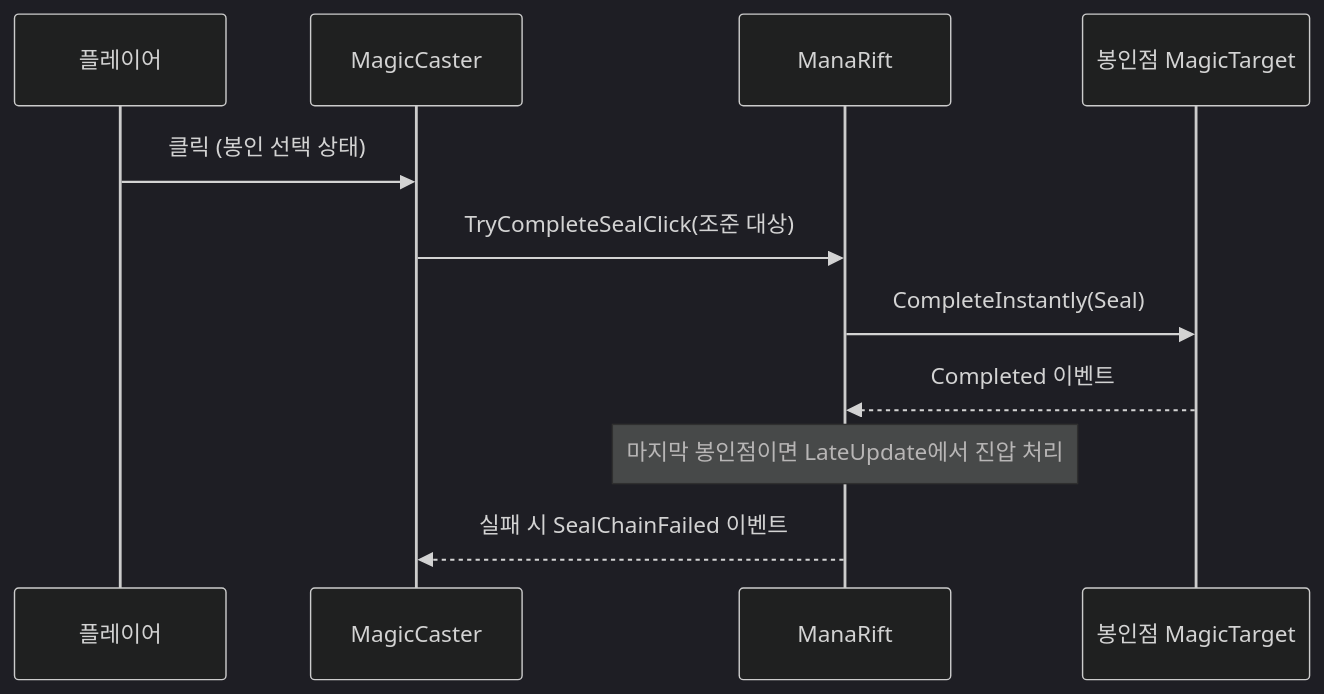
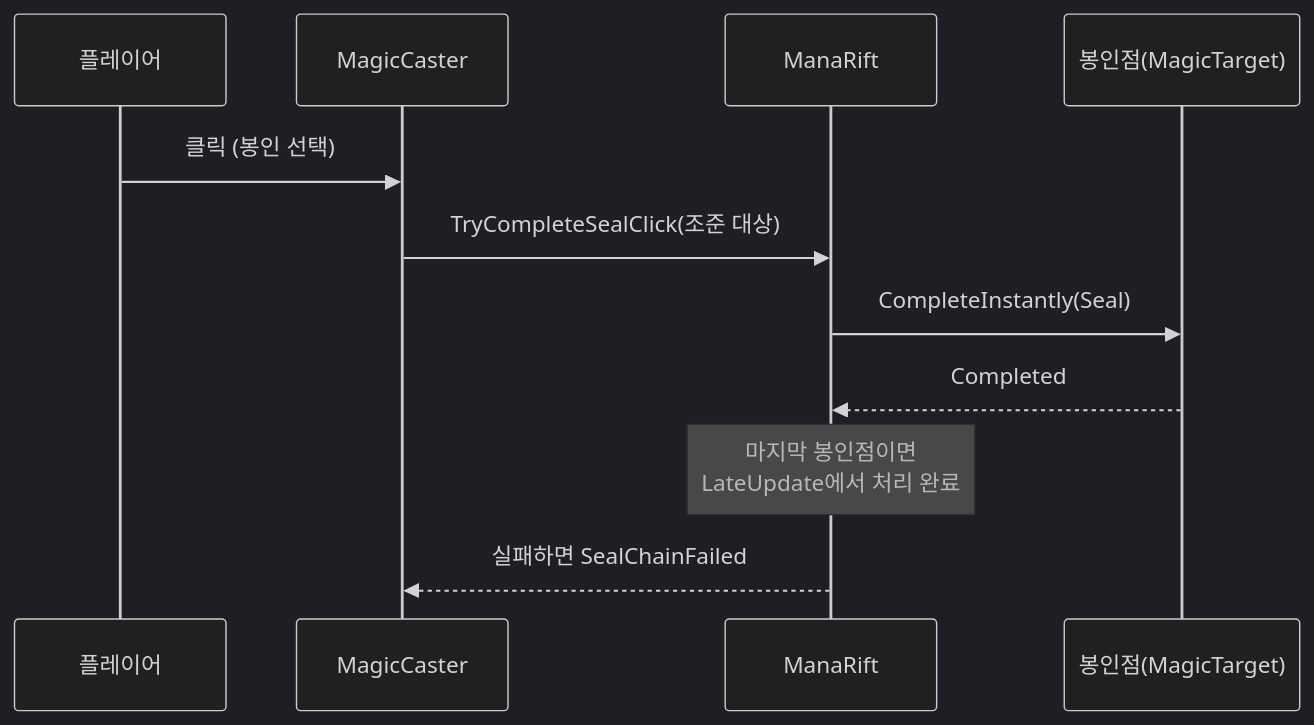
Before and after one commit to ebsongg1/portfolio: the fifth of 5 diagrams in src/3-arcane-shift/기술문서.md, drawn with Mermaid (dark theme). The commit also changed other lines of this file and 46 other files, not shown here.

````diff
--- a/src/3-arcane-shift/기술문서.md
+++ b/src/3-arcane-shift/기술문서.md
@@ -439,13 +541,13 @@
 ```mermaid
 sequenceDiagram
     participant P as 플레이어
     participant MC as MagicCaster
     participant R as ManaRift
-    participant T as 봉인점 MagicTarget
-    P->>MC: 클릭 (봉인 선택 상태)
+    participant T as 봉인점(MagicTarget)
+    P->>MC: 클릭 (봉인 선택)
     MC->>R: TryCompleteSealClick(조준 대상)
     R->>T: CompleteInstantly(Seal)
-    T-->>R: Completed 이벤트
-    Note over R: 마지막 봉인점이면 LateUpdate에서 진압 처리
-    R-->>MC: 실패 시 SealChainFailed 이벤트
+    T-->>R: Completed
+    Note over R: 마지막 봉인점이면<br/>LateUpdate에서 처리 완료
+    R-->>MC: 실패하면 SealChainFailed
 ```
````
